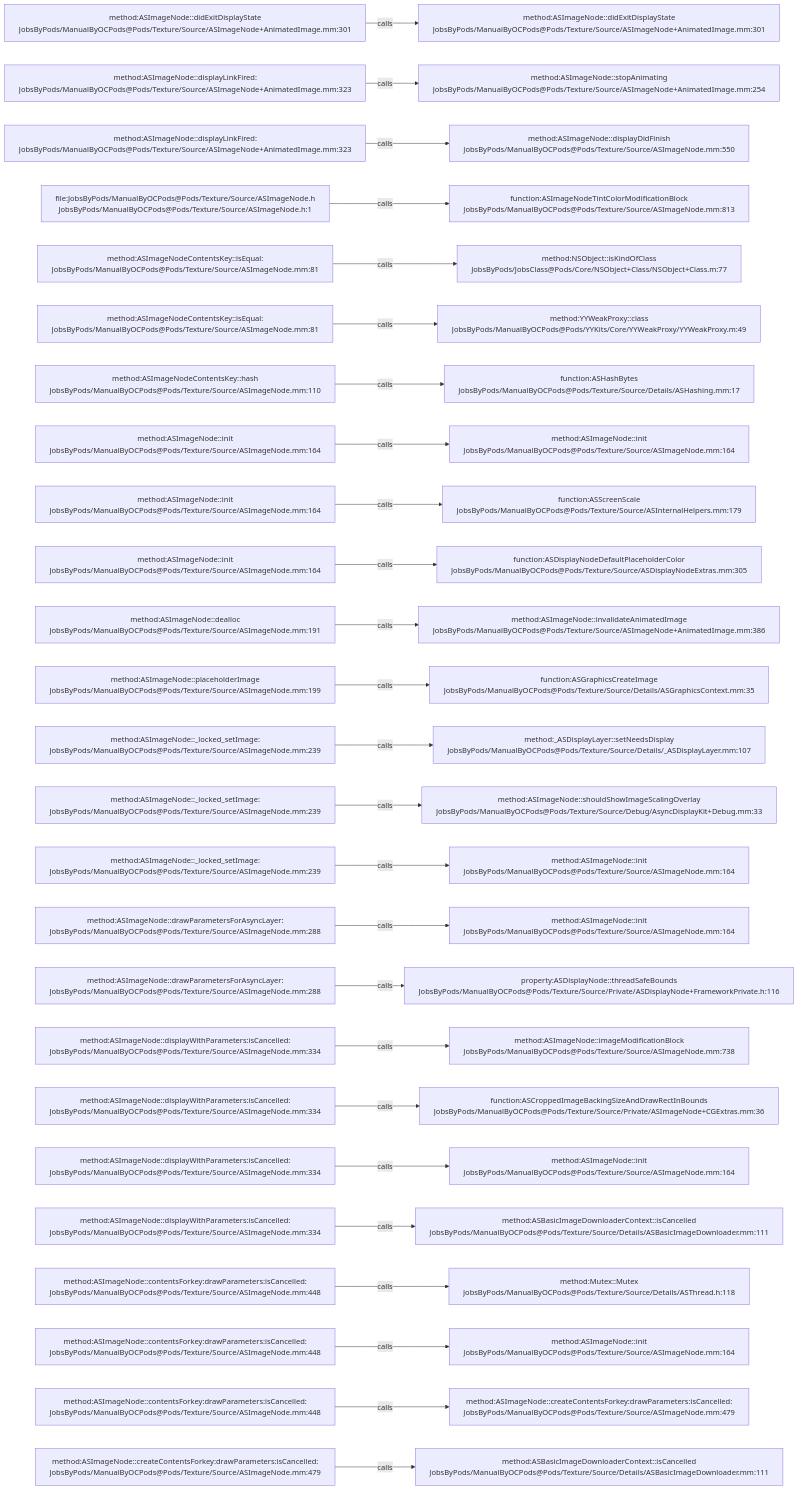
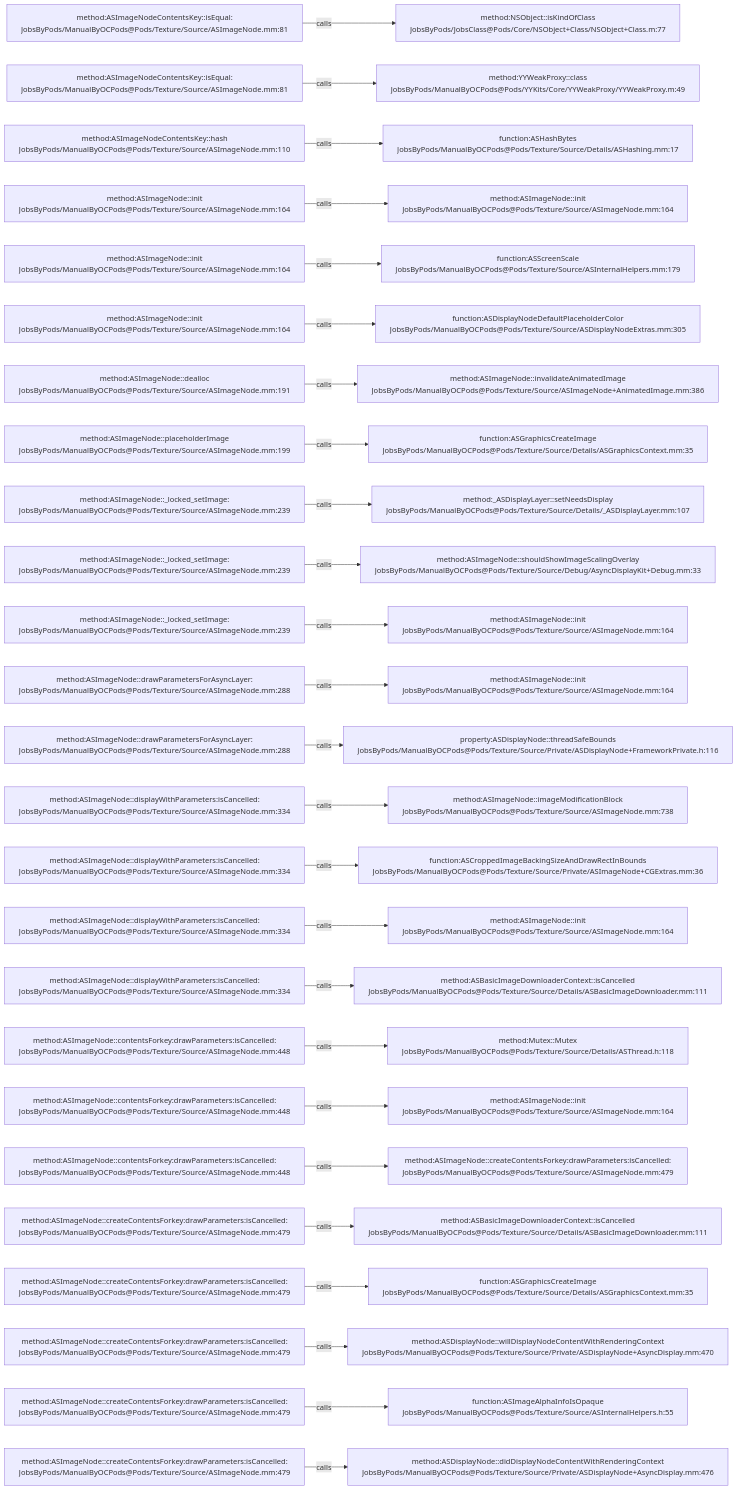
One commit to JobsKits/JobsOCBaseConfigDemo changed the diagram in .codegraph/codegraph.md/graphs/calls-107.md. Above: the diagram before and after it, drawn with Mermaid. The commit also changed 727 other files, not shown here.

````diff
--- a/.codegraph/codegraph.md/graphs/calls-107.md
+++ b/.codegraph/codegraph.md/graphs/calls-107.md
@@ -13,78 +13,78 @@
 ```mermaid
 flowchart LR
-  S1["method:ASImageNode::didExitDisplayState<br/>JobsByPods/ManualByOCPods@Pods/Texture/Source/ASImageNode+AnimatedImage.mm:301"]
-  T1["method:ASImageNode::didExitDisplayState<br/>JobsByPods/ManualByOCPods@Pods/Texture/Source/ASImageNode+AnimatedImage.mm:301"]
+  S1["method:ASImageNodeContentsKey::isEqual:<br/>JobsByPods/ManualByOCPods@Pods/Texture/Source/ASImageNode.mm:81"]
+  T1["method:NSObject::isKindOfClass<br/>JobsByPods/JobsClass@Pods/Core/NSObject+Class/NSObject+Class.m:77"]
   S1 -->|calls| T1
-  S2["method:ASImageNode::displayLinkFired:<br/>JobsByPods/ManualByOCPods@Pods/Texture/Source/ASImageNode+AnimatedImage.mm:323"]
-  T2["method:ASImageNode::stopAnimating<br/>JobsByPods/ManualByOCPods@Pods/Texture/Source/ASImageNode+AnimatedImage.mm:254"]
+  S2["method:ASImageNodeContentsKey::isEqual:<br/>JobsByPods/ManualByOCPods@Pods/Texture/Source/ASImageNode.mm:81"]
+  T2["method:YYWeakProxy::class<br/>JobsByPods/ManualByOCPods@Pods/YYKits/Core/YYWeakProxy/YYWeakProxy.m:49"]
   S2 -->|calls| T2
-  S3["method:ASImageNode::displayLinkFired:<br/>JobsByPods/ManualByOCPods@Pods/Texture/Source/ASImageNode+AnimatedImage.mm:323"]
-  T3["method:ASImageNode::displayDidFinish<br/>JobsByPods/ManualByOCPods@Pods/Texture/Source/ASImageNode.mm:550"]
+  S3["method:ASImageNodeContentsKey::hash<br/>JobsByPods/ManualByOCPods@Pods/Texture/Source/ASImageNode.mm:110"]
+  T3["function:ASHashBytes<br/>JobsByPods/ManualByOCPods@Pods/Texture/Source/Details/ASHashing.mm:17"]
   S3 -->|calls| T3
-  S4["file:JobsByPods/ManualByOCPods@Pods/Texture/Source/ASImageNode.h<br/>JobsByPods/ManualByOCPods@Pods/Texture/Source/ASImageNode.h:1"]
-  T4["function:ASImageNodeTintColorModificationBlock<br/>JobsByPods/ManualByOCPods@Pods/Texture/Source/ASImageNode.mm:813"]
+  S4["method:ASImageNode::init<br/>JobsByPods/ManualByOCPods@Pods/Texture/Source/ASImageNode.mm:164"]
+  T4["method:ASImageNode::init<br/>JobsByPods/ManualByOCPods@Pods/Texture/Source/ASImageNode.mm:164"]
   S4 -->|calls| T4
-  S5["method:ASImageNodeContentsKey::isEqual:<br/>JobsByPods/ManualByOCPods@Pods/Texture/Source/ASImageNode.mm:81"]
-  T5["method:NSObject::isKindOfClass<br/>JobsByPods/JobsClass@Pods/Core/NSObject+Class/NSObject+Class.m:77"]
+  S5["method:ASImageNode::init<br/>JobsByPods/ManualByOCPods@Pods/Texture/Source/ASImageNode.mm:164"]
+  T5["function:ASScreenScale<br/>JobsByPods/ManualByOCPods@Pods/Texture/Source/ASInternalHelpers.mm:179"]
   S5 -->|calls| T5
-  S6["method:ASImageNodeContentsKey::isEqual:<br/>JobsByPods/ManualByOCPods@Pods/Texture/Source/ASImageNode.mm:81"]
-  T6["method:YYWeakProxy::class<br/>JobsByPods/ManualByOCPods@Pods/YYKits/Core/YYWeakProxy/YYWeakProxy.m:49"]
+  S6["method:ASImageNode::init<br/>JobsByPods/ManualByOCPods@Pods/Texture/Source/ASImageNode.mm:164"]
+  T6["function:ASDisplayNodeDefaultPlaceholderColor<br/>JobsByPods/ManualByOCPods@Pods/Texture/Source/ASDisplayNodeExtras.mm:305"]
   S6 -->|calls| T6
-  S7["method:ASImageNodeContentsKey::hash<br/>JobsByPods/ManualByOCPods@Pods/Texture/Source/ASImageNode.mm:110"]
-  T7["function:ASHashBytes<br/>JobsByPods/ManualByOCPods@Pods/Texture/Source/Details/ASHashing.mm:17"]
+  S7["method:ASImageNode::dealloc<br/>JobsByPods/ManualByOCPods@Pods/Texture/Source/ASImageNode.mm:191"]
+  T7["method:ASImageNode::invalidateAnimatedImage<br/>JobsByPods/ManualByOCPods@Pods/Texture/Source/ASImageNode+AnimatedImage.mm:386"]
   S7 -->|calls| T7
-  S8["method:ASImageNode::init<br/>JobsByPods/ManualByOCPods@Pods/Texture/Source/ASImageNode.mm:164"]
-  T8["method:ASImageNode::init<br/>JobsByPods/ManualByOCPods@Pods/Texture/Source/ASImageNode.mm:164"]
+  S8["method:ASImageNode::placeholderImage<br/>JobsByPods/ManualByOCPods@Pods/Texture/Source/ASImageNode.mm:199"]
+  T8["function:ASGraphicsCreateImage<br/>JobsByPods/ManualByOCPods@Pods/Texture/Source/Details/ASGraphicsContext.mm:35"]
   S8 -->|calls| T8
-  S9["method:ASImageNode::init<br/>JobsByPods/ManualByOCPods@Pods/Texture/Source/ASImageNode.mm:164"]
-  T9["function:ASScreenScale<br/>JobsByPods/ManualByOCPods@Pods/Texture/Source/ASInternalHelpers.mm:179"]
+  S9["method:ASImageNode::_locked_setImage:<br/>JobsByPods/ManualByOCPods@Pods/Texture/Source/ASImageNode.mm:239"]
+  T9["method:_ASDisplayLayer::setNeedsDisplay<br/>JobsByPods/ManualByOCPods@Pods/Texture/Source/Details/_ASDisplayLayer.mm:107"]
   S9 -->|calls| T9
-  S10["method:ASImageNode::init<br/>JobsByPods/ManualByOCPods@Pods/Texture/Source/ASImageNode.mm:164"]
-  T10["function:ASDisplayNodeDefaultPlaceholderColor<br/>JobsByPods/ManualByOCPods@Pods/Texture/Source/ASDisplayNodeExtras.mm:305"]
+  S10["method:ASImageNode::_locked_setImage:<br/>JobsByPods/ManualByOCPods@Pods/Texture/Source/ASImageNode.mm:239"]
+  T10["method:ASImageNode::shouldShowImageScalingOverlay<br/>JobsByPods/ManualByOCPods@Pods/Texture/Source/Debug/AsyncDisplayKit+Debug.mm:33"]
   S10 -->|calls| T10
-  S11["method:ASImageNode::dealloc<br/>JobsByPods/ManualByOCPods@Pods/Texture/Source/ASImageNode.mm:191"]
-  T11["method:ASImageNode::invalidateAnimatedImage<br/>JobsByPods/ManualByOCPods@Pods/Texture/Source/ASImageNode+AnimatedImage.mm:386"]
+  S11["method:ASImageNode::_locked_setImage:<br/>JobsByPods/ManualByOCPods@Pods/Texture/Source/ASImageNode.mm:239"]
+  T11["method:ASImageNode::init<br/>JobsByPods/ManualByOCPods@Pods/Texture/Source/ASImageNode.mm:164"]
   S11 -->|calls| T11
-  S12["method:ASImageNode::placeholderImage<br/>JobsByPods/ManualByOCPods@Pods/Texture/Source/ASImageNode.mm:199"]
-  T12["function:ASGraphicsCreateImage<br/>JobsByPods/ManualByOCPods@Pods/Texture/Source/Details/ASGraphicsContext.mm:35"]
+  S12["method:ASImageNode::drawParametersForAsyncLayer:<br/>JobsByPods/ManualByOCPods@Pods/Texture/Source/ASImageNode.mm:288"]
+  T12["method:ASImageNode::init<br/>JobsByPods/ManualByOCPods@Pods/Texture/Source/ASImageNode.mm:164"]
   S12 -->|calls| T12
-  S13["method:ASImageNode::_locked_setImage:<br/>JobsByPods/ManualByOCPods@Pods/Texture/Source/ASImageNode.mm:239"]
-  T13["method:_ASDisplayLayer::setNeedsDisplay<br/>JobsByPods/ManualByOCPods@Pods/Texture/Source/Details/_ASDisplayLayer.mm:107"]
+  S13["method:ASImageNode::drawParametersForAsyncLayer:<br/>JobsByPods/ManualByOCPods@Pods/Texture/Source/ASImageNode.mm:288"]
+  T13["property:ASDisplayNode::threadSafeBounds<br/>JobsByPods/ManualByOCPods@Pods/Texture/Source/Private/ASDisplayNode+FrameworkPrivate.h:116"]
   S13 -->|calls| T13
-  S14["method:ASImageNode::_locked_setImage:<br/>JobsByPods/ManualByOCPods@Pods/Texture/Source/ASImageNode.mm:239"]
-  T14["method:ASImageNode::shouldShowImageScalingOverlay<br/>JobsByPods/ManualByOCPods@Pods/Texture/Source/Debug/AsyncDisplayKit+Debug.mm:33"]
+  S14["method:ASImageNode::displayWithParameters:isCancelled:<br/>JobsByPods/ManualByOCPods@Pods/Texture/Source/ASImageNode.mm:334"]
+  T14["method:ASImageNode::imageModificationBlock<br/>JobsByPods/ManualByOCPods@Pods/Texture/Source/ASImageNode.mm:738"]
   S14 -->|calls| T14
-  S15["method:ASImageNode::_locked_setImage:<br/>JobsByPods/ManualByOCPods@Pods/Texture/Source/ASImageNode.mm:239"]
-  T15["method:ASImageNode::init<br/>JobsByPods/ManualByOCPods@Pods/Texture/Source/ASImageNode.mm:164"]
+  S15["method:ASImageNode::displayWithParameters:isCancelled:<br/>JobsByPods/ManualByOCPods@Pods/Texture/Source/ASImageNode.mm:334"]
+  T15["function:ASCroppedImageBackingSizeAndDrawRectInBounds<br/>JobsByPods/ManualByOCPods@Pods/Texture/Source/Private/ASImageNode+CGExtras.mm:36"]
   S15 -->|calls| T15
-  S16["method:ASImageNode::drawParametersForAsyncLayer:<br/>JobsByPods/ManualByOCPods@Pods/Texture/Source/ASImageNode.mm:288"]
+  S16["method:ASImageNode::displayWithParameters:isCancelled:<br/>JobsByPods/ManualByOCPods@Pods/Texture/Source/ASImageNode.mm:334"]
   T16["method:ASImageNode::init<br/>JobsByPods/ManualByOCPods@Pods/Texture/Source/ASImageNode.mm:164"]
   S16 -->|calls| T16
-  S17["method:ASImageNode::drawParametersForAsyncLayer:<br/>JobsByPods/ManualByOCPods@Pods/Texture/Source/ASImageNode.mm:288"]
-  T17["property:ASDisplayNode::threadSafeBounds<br/>JobsByPods/ManualByOCPods@Pods/Texture/Source/Private/ASDisplayNode+FrameworkPrivate.h:116"]
+  S17["method:ASImageNode::displayWithParameters:isCancelled:<br/>JobsByPods/ManualByOCPods@Pods/Texture/Source/ASImageNode.mm:334"]
+  T17["method:ASBasicImageDownloaderContext::isCancelled<br/>JobsByPods/ManualByOCPods@Pods/Texture/Source/Details/ASBasicImageDownloader.mm:111"]
   S17 -->|calls| T17
-  S18["method:ASImageNode::displayWithParameters:isCancelled:<br/>JobsByPods/ManualByOCPods@Pods/Texture/Source/ASImageNode.mm:334"]
-  T18["method:ASImageNode::imageModificationBlock<br/>JobsByPods/ManualByOCPods@Pods/Texture/Source/ASImageNode.mm:738"]
+  S18["method:ASImageNode::contentsForkey:drawParameters:isCancelled:<br/>JobsByPods/ManualByOCPods@Pods/Texture/Source/ASImageNode.mm:448"]
+  T18["method:Mutex::Mutex<br/>JobsByPods/ManualByOCPods@Pods/Texture/Source/Details/ASThread.h:118"]
   S18 -->|calls| T18
-  S19["method:ASImageNode::displayWithParameters:isCancelled:<br/>JobsByPods/ManualByOCPods@Pods/Texture/Source/ASImageNode.mm:334"]
-  T19["function:ASCroppedImageBackingSizeAndDrawRectInBounds<br/>JobsByPods/ManualByOCPods@Pods/Texture/Source/Private/ASImageNode+CGExtras.mm:36"]
+  S19["method:ASImageNode::contentsForkey:drawParameters:isCancelled:<br/>JobsByPods/ManualByOCPods@Pods/Texture/Source/ASImageNode.mm:448"]
+  T19["method:ASImageNode::init<br/>JobsByPods/ManualByOCPods@Pods/Texture/Source/ASImageNode.mm:164"]
   S19 -->|calls| T19
-  S20["method:ASImageNode::displayWithParameters:isCancelled:<br/>JobsByPods/ManualByOCPods@Pods/Texture/Source/ASImageNode.mm:334"]
-  T20["method:ASImageNode::init<br/>JobsByPods/ManualByOCPods@Pods/Texture/Source/ASImageNode.mm:164"]
+  S20["method:ASImageNode::contentsForkey:drawParameters:isCancelled:<br/>JobsByPods/ManualByOCPods@Pods/Texture/Source/ASImageNode.mm:448"]
+  T20["method:ASImageNode::createContentsForkey:drawParameters:isCancelled:<br/>JobsByPods/ManualByOCPods@Pods/Texture/Source/ASImageNode.mm:479"]
   S20 -->|calls| T20
-  S21["method:ASImageNode::displayWithParameters:isCancelled:<br/>JobsByPods/ManualByOCPods@Pods/Texture/Source/ASImageNode.mm:334"]
+  S21["method:ASImageNode::createContentsForkey:drawParameters:isCancelled:<br/>JobsByPods/ManualByOCPods@Pods/Texture/Source/ASImageNode.mm:479"]
   T21["method:ASBasicImageDownloaderContext::isCancelled<br/>JobsByPods/ManualByOCPods@Pods/Texture/Source/Details/ASBasicImageDownloader.mm:111"]
   S21 -->|calls| T21
-  S22["method:ASImageNode::contentsForkey:drawParameters:isCancelled:<br/>JobsByPods/ManualByOCPods@Pods/Texture/Source/ASImageNode.mm:448"]
-  T22["method:Mutex::Mutex<br/>JobsByPods/ManualByOCPods@Pods/Texture/Source/Details/ASThread.h:118"]
+  S22["method:ASImageNode::createContentsForkey:drawParameters:isCancelled:<br/>JobsByPods/ManualByOCPods@Pods/Texture/Source/ASImageNode.mm:479"]
+  T22["function:ASGraphicsCreateImage<br/>JobsByPods/ManualByOCPods@Pods/Texture/Source/Details/ASGraphicsContext.mm:35"]
   S22 -->|calls| T22
-  S23["method:ASImageNode::contentsForkey:drawParameters:isCancelled:<br/>JobsByPods/ManualByOCPods@Pods/Texture/Source/ASImageNode.mm:448"]
-  T23["method:ASImageNode::init<br/>JobsByPods/ManualByOCPods@Pods/Texture/Source/ASImageNode.mm:164"]
+  S23["method:ASImageNode::createContentsForkey:drawParameters:isCancelled:<br/>JobsByPods/ManualByOCPods@Pods/Texture/Source/ASImageNode.mm:479"]
+  T23["method:ASDisplayNode::willDisplayNodeContentWithRenderingContext<br/>JobsByPods/ManualByOCPods@Pods/Texture/Source/Private/ASDisplayNode+AsyncDisplay.mm:470"]
   S23 -->|calls| T23
-  S24["method:ASImageNode::contentsForkey:drawParameters:isCancelled:<br/>JobsByPods/ManualByOCPods@Pods/Texture/Source/ASImageNode.mm:448"]
-  T24["method:ASImageNode::createContentsForkey:drawParameters:isCancelled:<br/>JobsByPods/ManualByOCPods@Pods/Texture/Source/ASImageNode.mm:479"]
+  S24["method:ASImageNode::createContentsForkey:drawParameters:isCancelled:<br/>JobsByPods/ManualByOCPods@Pods/Texture/Source/ASImageNode.mm:479"]
+  T24["function:ASImageAlphaInfoIsOpaque<br/>JobsByPods/ManualByOCPods@Pods/Texture/Source/ASInternalHelpers.h:55"]
   S24 -->|calls| T24
   S25["method:ASImageNode::createContentsForkey:drawParameters:isCancelled:<br/>JobsByPods/ManualByOCPods@Pods/Texture/Source/ASImageNode.mm:479"]
-  T25["method:ASBasicImageDownloaderContext::isCancelled<br/>JobsByPods/ManualByOCPods@Pods/Texture/Source/Details/ASBasicImageDownloader.mm:111"]
+  T25["method:ASDisplayNode::didDisplayNodeContentWithRenderingContext<br/>JobsByPods/ManualByOCPods@Pods/Texture/Source/Private/ASDisplayNode+AsyncDisplay.mm:476"]
   S25 -->|calls| T25
 ```
````
